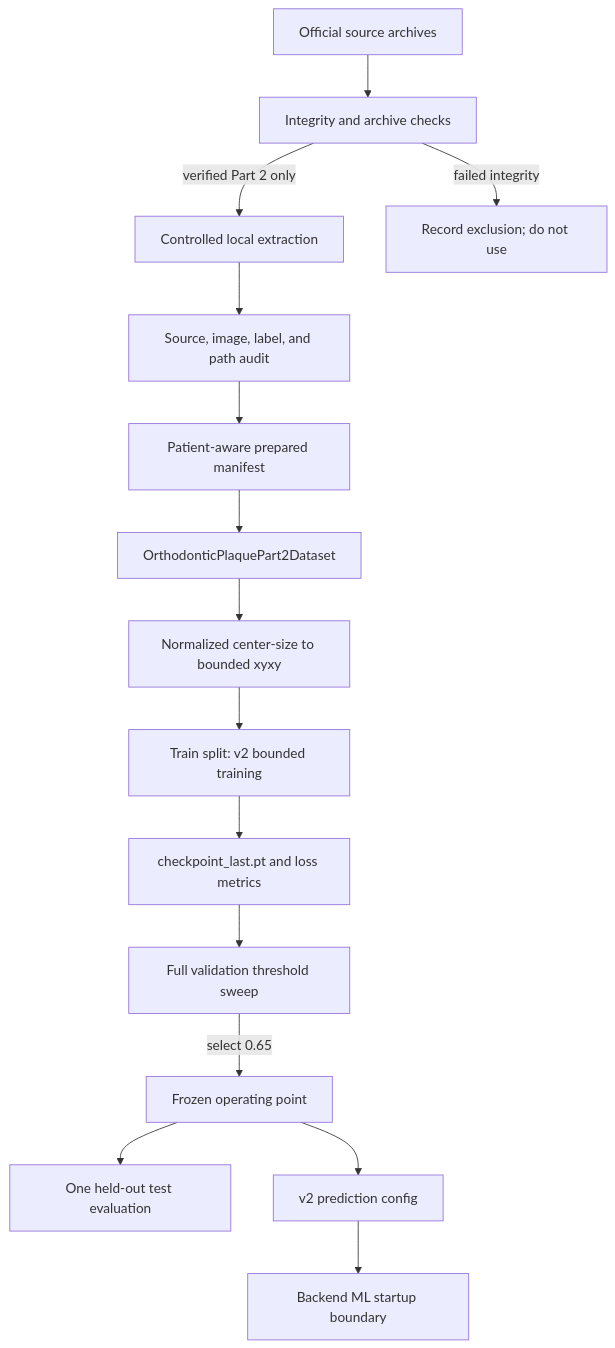
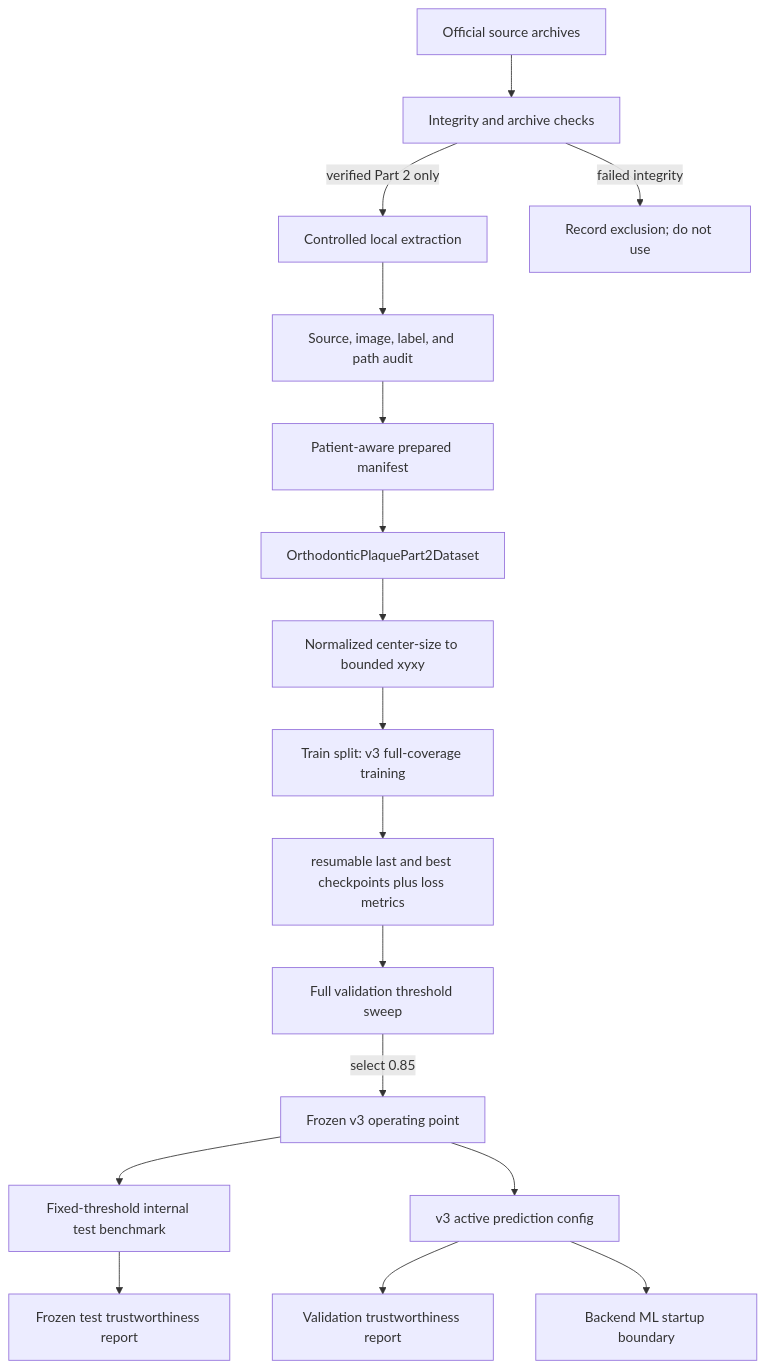
Before and after one commit to Safkatul-Islam/OralLens: the third of 3 diagrams in docs/PIPELINE.md, drawn with Mermaid. The commit also changed other lines of this file, not shown here.

Commit message:
update pipeline documentation for v3 model, including changes to prediction config, checkpoints, and evaluation metrics

````diff
--- a/docs/PIPELINE.md
+++ b/docs/PIPELINE.md
@@ -207,17 +208,19 @@
 ```mermaid
 flowchart TD
     SOURCE[Official source archives] --> VERIFY[Integrity and archive checks]
     VERIFY -->|verified Part 2 only| EXTRACT[Controlled local extraction]
     VERIFY -->|failed integrity| EXCLUDE[Record exclusion; do not use]
     EXTRACT --> AUDIT[Source, image, label, and path audit]
     AUDIT --> MANIFEST[Patient-aware prepared manifest]
     MANIFEST --> DATASET[OrthodonticPlaquePart2Dataset]
     DATASET --> TARGET[Normalized center-size to bounded xyxy]
-    TARGET --> TRAIN[Train split: v2 bounded training]
-    TRAIN --> CKPT[checkpoint_last.pt and loss metrics]
+    TARGET --> TRAIN[Train split: v3 full-coverage training]
+    TRAIN --> CKPT[resumable last and best checkpoints plus loss metrics]
     CKPT --> VAL[Full validation threshold sweep]
-    VAL -->|select 0.65| FREEZE[Frozen operating point]
-    FREEZE --> TEST[One held-out test evaluation]
-    FREEZE --> PREDICT[v2 prediction config]
+    VAL -->|select 0.85| FREEZE[Frozen v3 operating point]
+    FREEZE --> TEST[Fixed-threshold internal test benchmark]
+    FREEZE --> PREDICT[v3 active prediction config]
+    PREDICT --> TRUSTVAL[Validation trustworthiness report]
+    TEST --> TRUSTTEST[Frozen test trustworthiness report]
     PREDICT --> BACKEND[Backend ML startup boundary]
 ```
````
